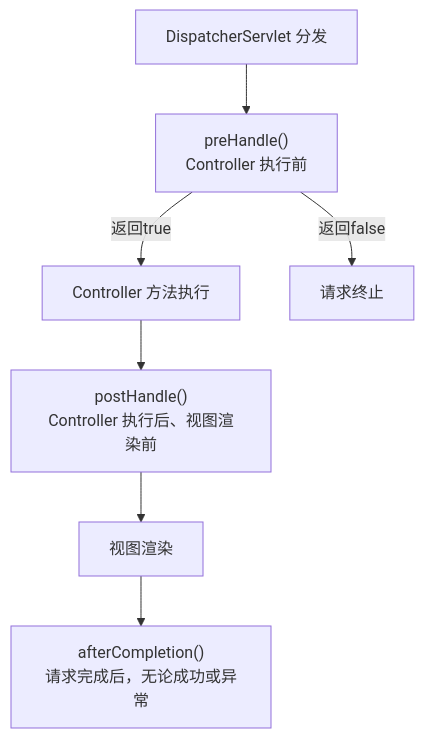
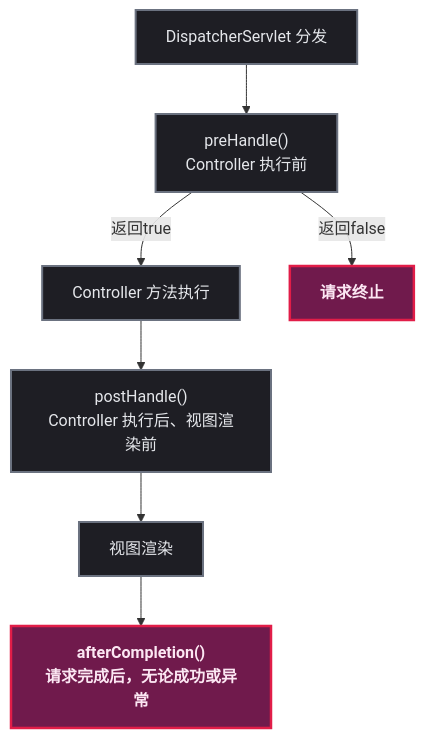
The third of 6 diagrams in content/posts/spring/FilterInterceptorAdvice.md (yaocat55/yaocat55.github.io), drawn with Mermaid before and after one commit. The commit also changed other lines of this file and 155 other files, not shown here.

````diff
--- a/content/posts/spring/FilterInterceptorAdvice.md
+++ b/content/posts/spring/FilterInterceptorAdvice.md
@@ -173,9 +187,15 @@
 ```mermaid
 flowchart TD
+%% 半暗底色 + 高亮描边：完美适配博客深色/浅色双主题 %%
+classDef process fill:#1e1e24,stroke:#6b7280,stroke-width:2px,color:#e5e7eb;
+classDef startEnd fill:#701a4c,stroke:#e11d48,stroke-width:2.5px,color:#fce7f3,font-weight:bold;
     A[DispatcherServlet 分发] --> B["preHandle()\nController 执行前"]
     B -->|返回true| C[Controller 方法执行]
     B -->|返回false| X[请求终止]
     C --> D["postHandle()\nController 执行后、视图渲染前"]
     D --> E[视图渲染]
     E --> F["afterCompletion()\n请求完成后，无论成功或异常"]
+
+class A,B,C,D,E process;
+class F,X,afterCompletion,postHandle,preHandle startEnd;
 ```
````
